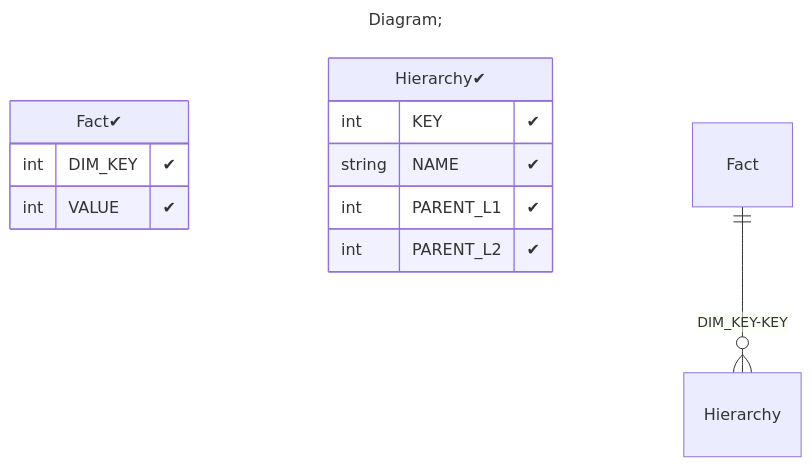
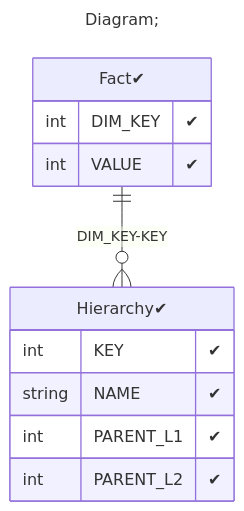
The third of 3 diagrams in demo/server/catalogs/min_Level_Column_parent_child/README.MD (xmla-services/workground), drawn with Mermaid before and after one commit. The commit also changed 16 other files, not shown here.

Commit message:
tutorials. add flags (positive, negative) in database diagram Signed-off-by: dbulahov <bulahovdenis@gmail.com>

````diff
--- a/demo/server/catalogs/min_Level_Column_parent_child/README.MD
+++ b/demo/server/catalogs/min_Level_Column_parent_child/README.MD
@@ -98,18 +98,18 @@
 ```mermaid
 ---
 title: Diagram;
 ---
 erDiagram
 "Fact✔"{
 int DIM_KEY "✔"
 int VALUE "✔"
 }
 "Hierarchy✔"{
 int KEY "✔"
 string NAME "✔"
 int PARENT_L1 "✔"
 int PARENT_L2 "✔"
 }
 
-"Fact" ||--o{ "Hierarchy" : "DIM_KEY-KEY"
+"Fact✔" ||--o{ "Hierarchy✔" : "DIM_KEY-KEY"
 ```
````
